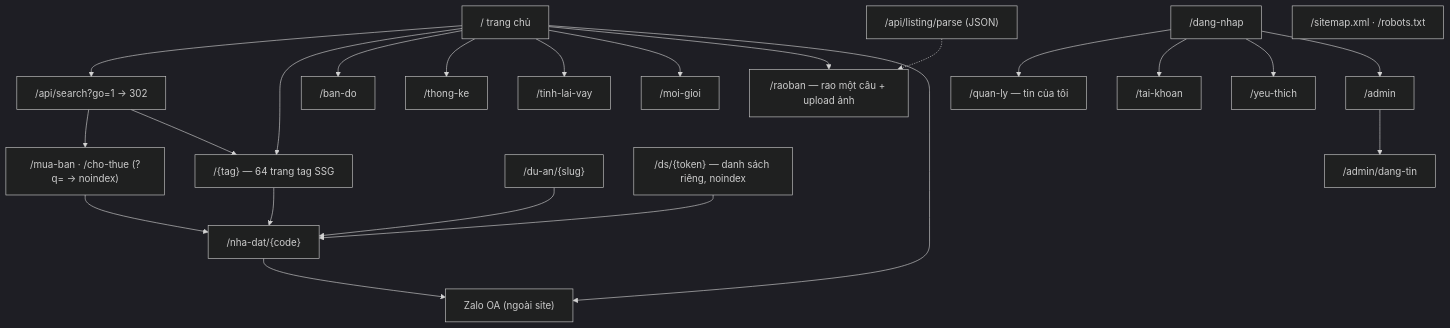
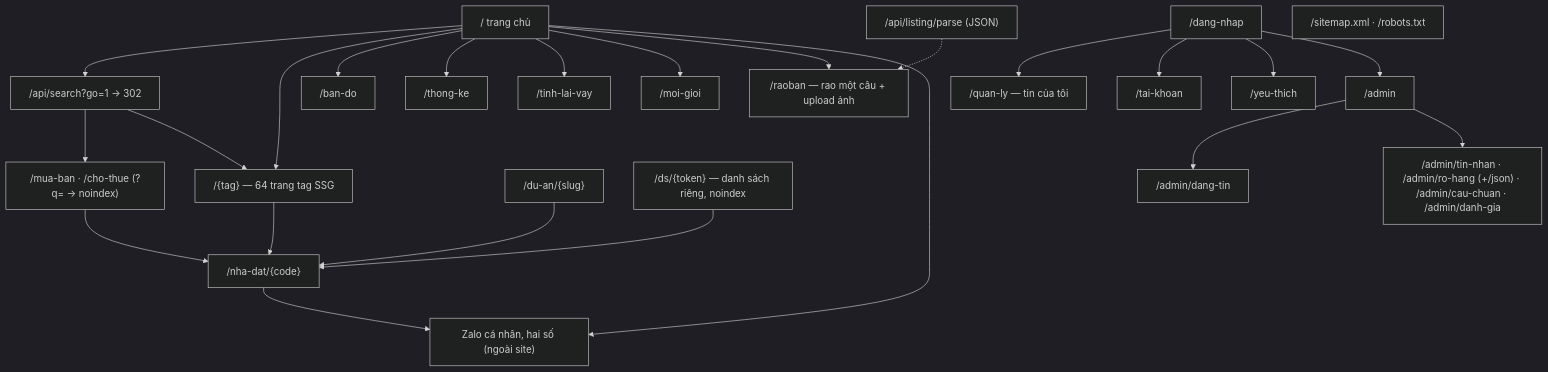
Before and after one commit to quang507/AOND: the first of 2 diagrams in docs/04-information-architecture.md, drawn with Mermaid (dark theme). The commit also changed other lines of this file and 18 other files, not shown here.

````diff
--- a/docs/04-information-architecture.md
+++ b/docs/04-information-architecture.md
@@ -16,24 +16,25 @@
 ```mermaid
 flowchart TD
     H["/ trang chủ"] --> API["/api/search?go=1 → 302"]
     API --> MB["/mua-ban · /cho-thue (?q= → noindex)"]
     API --> T["/{tag} — 64 trang tag SSG"]
     H --> T
     H --> BD["/ban-do"]
     H --> TK["/thong-ke"]
     H --> LV["/tinh-lai-vay"]
     H --> MG["/moi-gioi"]
     H --> RB["/raoban — rao một câu + upload ảnh"]
     MB --> DT["/nha-dat/{code}"]
     T --> DT
     DA["/du-an/{slug}"] --> DT
-    DT --> ZL["Zalo OA (ngoài site)"]
+    DT --> ZL["Zalo cá nhân, hai số (ngoài site)"]
     H --> ZL
     DS["/ds/{token} — danh sách riêng, noindex"] --> DT
     DN["/dang-nhap"] --> QL["/quan-ly — tin của tôi"]
     DN --> TKH["/tai-khoan"]
     DN --> YT["/yeu-thich"]
     DN --> AD["/admin"] --> ADT["/admin/dang-tin"]
+    AD --> ADX["/admin/tin-nhan · /admin/ro-hang (+/json) · /admin/cau-chuan · /admin/danh-gia"]
     PARSE["/api/listing/parse (JSON)"] -.-> RB
     SM["/sitemap.xml · /robots.txt"]
 ```
````
